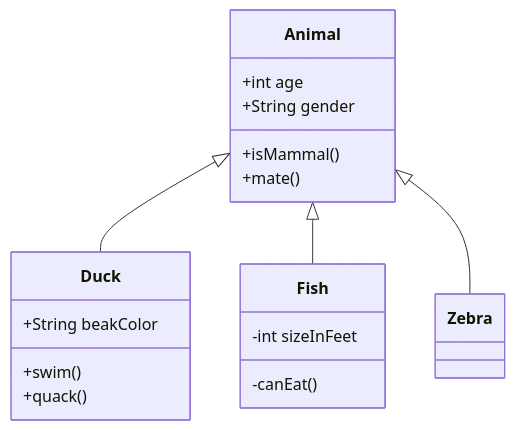
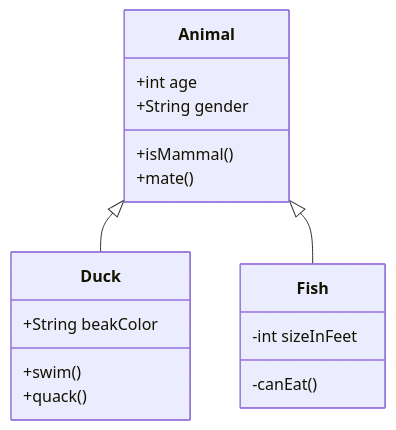
The diagram in all/未命名.md (Jason-DancingBoy/iodraw-files), drawn with Mermaid before and after one commit.

Commit message:
2026-01-02 20:30:09 update

````diff
--- a/all/未命名.md
+++ b/all/未命名.md
@@ -1,21 +1,19 @@
 ```mermaid
 classDiagram
     Animal <|-- Duck
     Animal <|-- Fish
-    Animal <|-- Zebra
     Animal : +int age
     Animal : +String gender
     Animal: +isMammal()
     Animal: +mate()
     class Duck{
       +String beakColor
       +swim()
       +quack()
     }
     class Fish{
       -int sizeInFeet
       -canEat()
     }
-
             
 ```
````
